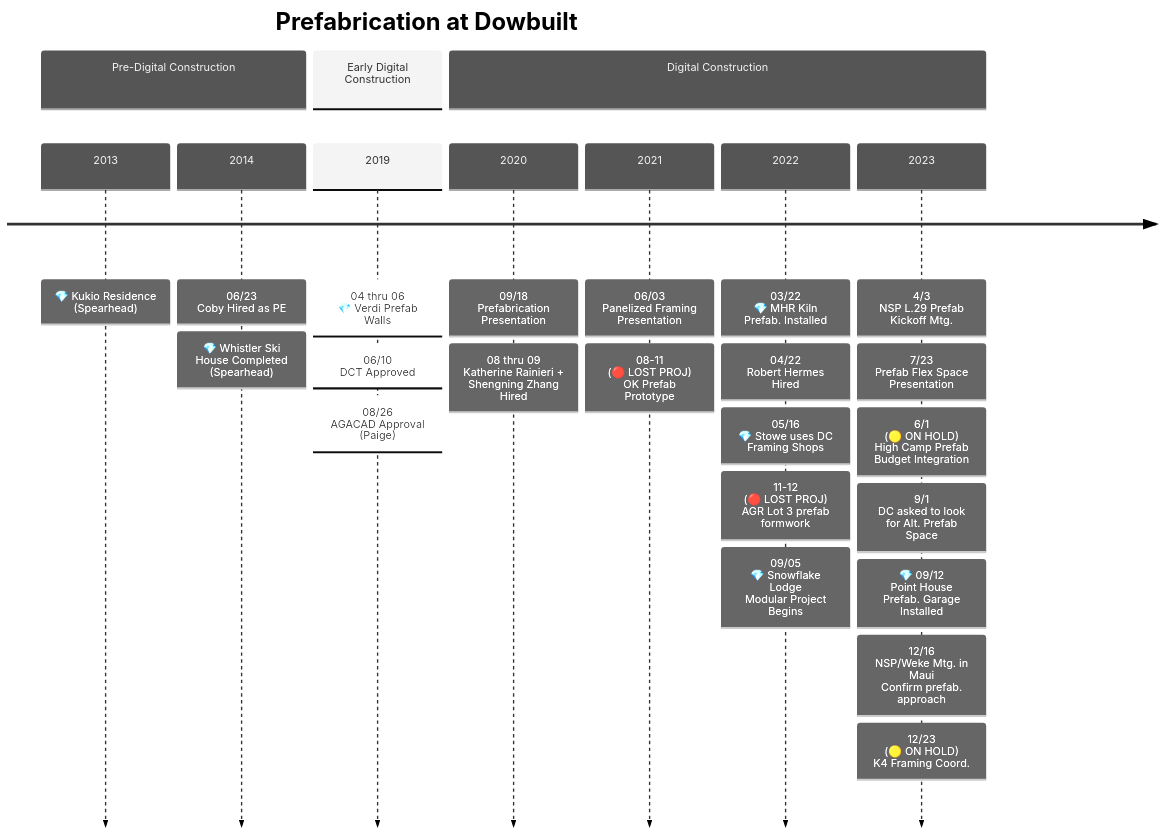
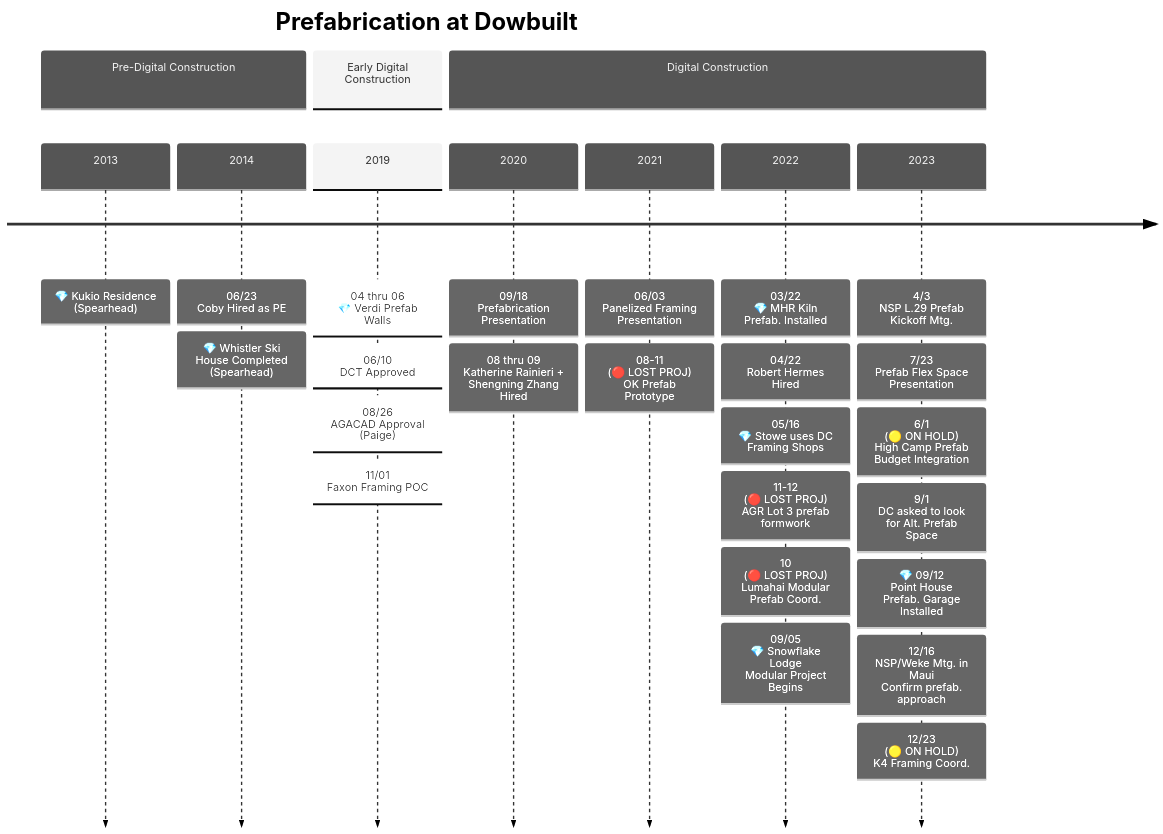
One commit to cobyiv/notes changed the diagram in Prefab_at_Dowbuilt.md. Above: the diagram before and after it, drawn with Mermaid. The commit also changed other lines of this file and 1 other file, not shown here.

Commit message:
1/29 III Prefab Update

````diff
--- a/Prefab_at_Dowbuilt.md
+++ b/Prefab_at_Dowbuilt.md
@@ -16,15 +14,15 @@
 ```mermaid
     %%{init: { 'logLevel': 'debug', 'theme': 'neutral', "graph": {"htmlLabels": true}} }%%
     timeline
         title Prefabrication at Dowbuilt
         section Pre-Digital Construction
           2013 : 💎 Kukio Residence (Spearhead)
           2014 : 06/23 <br> Coby Hired as PE : 💎 Whistler Ski House Completed (Spearhead)
         section Early Digital Construction
           2019 : 04 thru 06 <br> 💎 Verdi Prefab Walls : 06/10 <br> DCT Approved : 08/26 <br> AGACAD Approval (Paige)
-        section Digital Construction
+        section Digital Construction : 11/01 <br> Faxon Framing POC
           2020 : 09/18 <br> Prefabrication Presentation : 08 thru 09 <br> Katherine Rainieri + Shengning Zhang Hired
           2021 : 06/03 <br> Panelized Framing Presentation : 08-11 <br> (🔴 LOST PROJ) <br> OK Prefab Prototype
-          2022 : 03/22 <br> 💎 MHR Kiln <br> Prefab. Installed : 04/22 <br> Robert Hermes Hired : 05/16 <br> 💎 Stowe uses DC Framing Shops : 11-12 <br> (🔴 LOST PROJ) <br> AGR Lot 3 prefab formwork : 09/05 <br> 💎 Snowflake Lodge <br> Modular Project Begins
+          2022 : 03/22 <br> 💎 MHR Kiln <br> Prefab. Installed : 04/22 <br> Robert Hermes Hired : 05/16 <br> 💎 Stowe uses DC Framing Shops : 11-12 <br> (🔴 LOST PROJ) <br> AGR Lot 3 prefab formwork : 10 <br> (🔴 LOST PROJ) <br> Lumahai Modular Prefab Coord. : 09/05 <br> 💎 Snowflake Lodge <br> Modular Project Begins
           2023 : 4/3 <br> NSP L.29 Prefab Kickoff Mtg. : 7/23 <br> Prefab Flex Space Presentation : 6/1 <br> (🟡 ON HOLD)<br> High Camp Prefab Budget Integration : 9/1 <br> DC asked to look for Alt. Prefab Space : 💎 09/12 <br> Point House Prefab. Garage Installed : 12/16 <br> NSP/Weke Mtg. in Maui <br> Confirm prefab. approach : 12/23 <br> (🟡 ON HOLD) <br> K4 Framing Coord.
 ```
````
